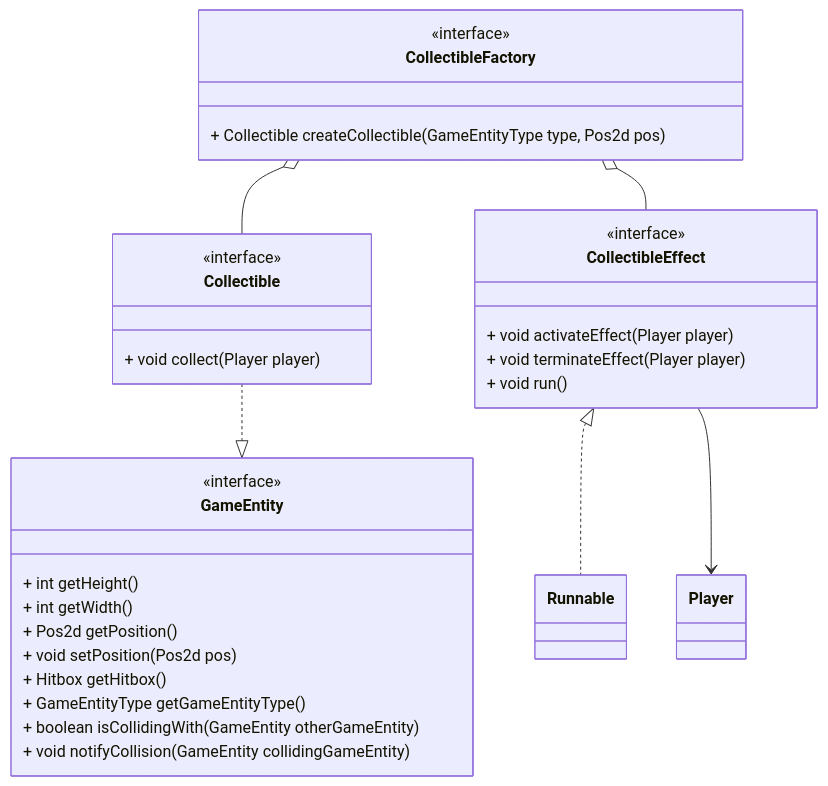
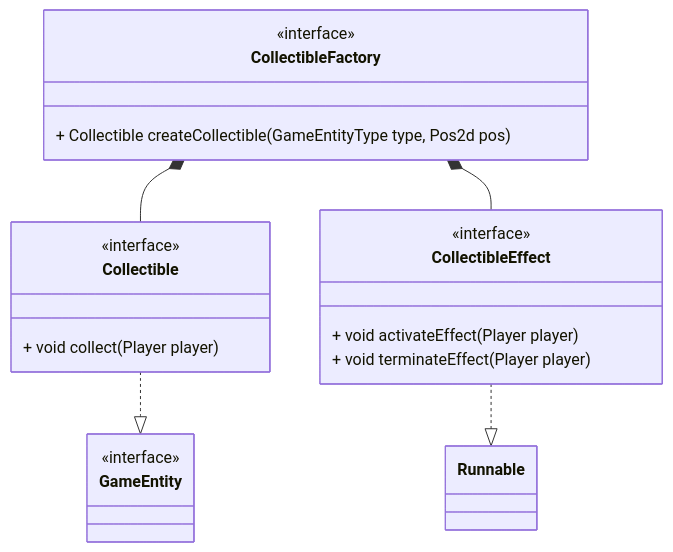
One commit to unibo-oop-projects/OOP23-FilippoMassariFilippoMassari6studio-MatteoBagnolini-FilippoMassari-SaadElMaliki-Matteo-SUPSON changed the eighth of 8 diagrams in report.md. Above: the diagram before and after it, drawn with Mermaid. The commit also changed other lines of this file, not shown here.

````diff
--- a/report.md
+++ b/report.md
@@ -395,41 +343,29 @@
 ```mermaid
 classDiagram
     class Collectible {
         <<interface>>
         + void collect(Player player)
     }
 
     class CollectibleFactory {
         <<interface>>
         + Collectible createCollectible(GameEntityType type, Pos2d pos)
     }
 
     class CollectibleEffect {
         <<interface>>
         + void activateEffect(Player player)
         + void terminateEffect(Player player)
-        + void run()
     }
 
     class GameEntity {
         <<interface>>
-        + int getHeight()
-        + int getWidth()
-        + Pos2d getPosition()
-        + void setPosition(Pos2d pos)
-        + Hitbox getHitbox()
-        + GameEntityType getGameEntityType()
-        + boolean isCollidingWith(GameEntity otherGameEntity)
-        + void notifyCollision(GameEntity collidingGameEntity)
+
     }
 
     Collectible ..|> GameEntity
-    CollectibleFactory o-- Collectible
-    CollectibleFactory o-- CollectibleEffect
-    CollectibleEffect <|.. Runnable
+    CollectibleFactory *-- Collectible
+    CollectibleFactory *-- CollectibleEffect
+    CollectibleEffect ..|> Runnable
 
-    class Player {
-    }
-
-    CollectibleEffect --> Player
 ```
````
